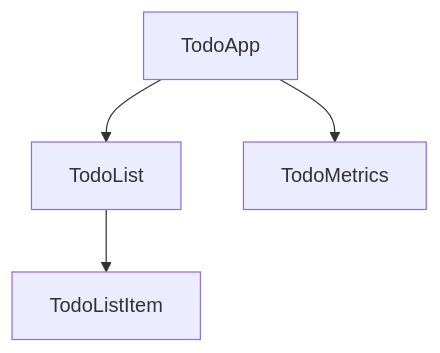
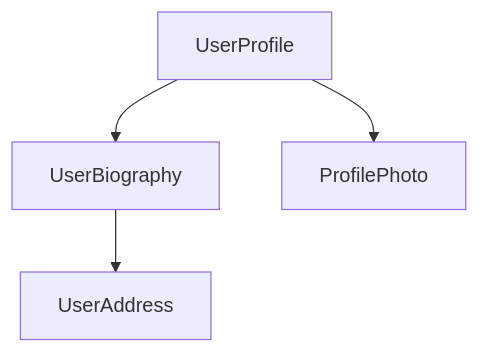
Before and after one commit to angular/angular-ja: the diagram in adev-ja/src/content/introduction/essentials/components.en.md, drawn with Mermaid. The commit also changed other lines of this file and 154 other files, not shown here.

````diff
--- a/adev-ja/src/content/introduction/essentials/components.en.md
+++ b/adev-ja/src/content/introduction/essentials/components.en.md
@@ -9,8 +78,8 @@
 ```mermaid
 flowchart TD
-    A[TodoApp]-->B
+    A[UserProfile]-->B
     A-->C
-    B[TodoList]-->D
-    C[TodoMetrics]
-    D[TodoListItem]
+    B[UserBiography]-->D
+    C[ProfilePhoto]
+    D[UserAddress]
 ```
````
